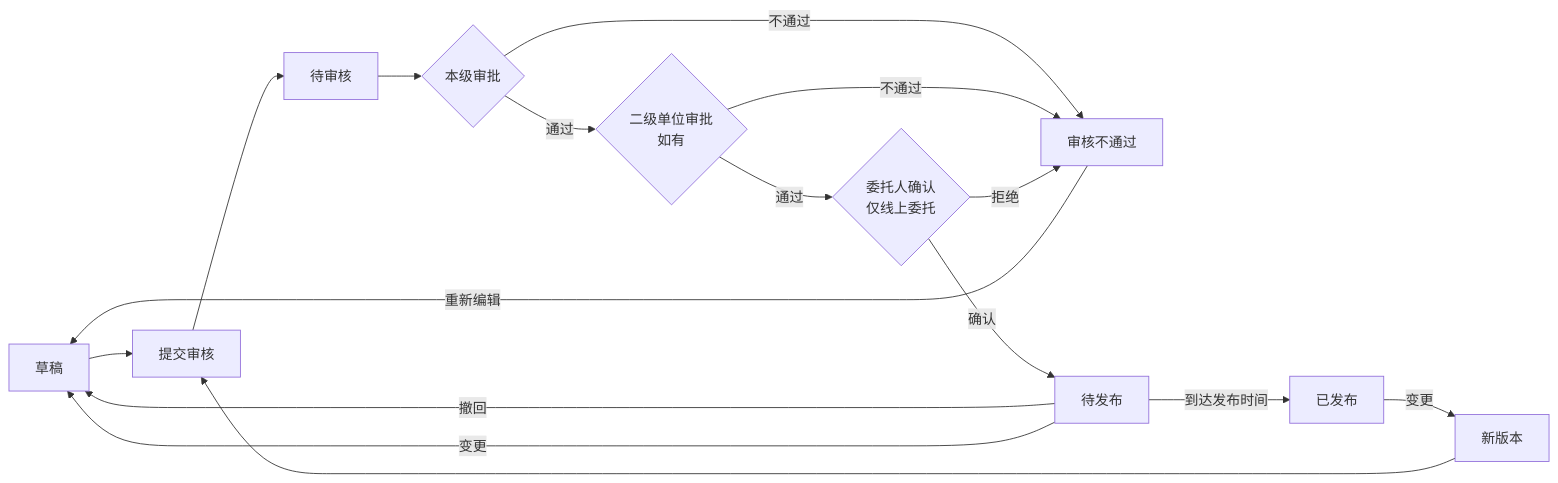
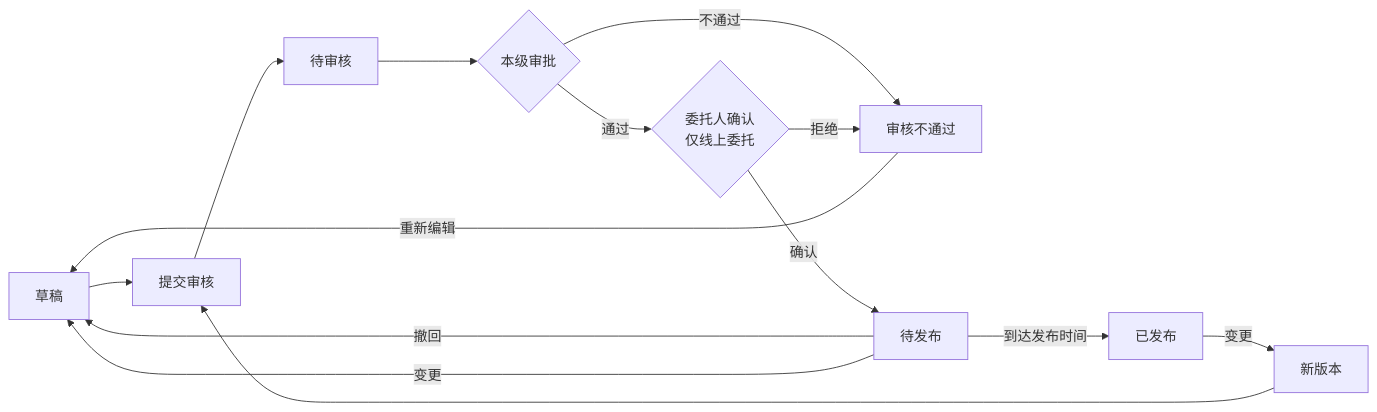
One commit to liangnvxiaozhou/procurement_platform changed the diagram in 智慧招采平台/设计文档/项目执行功能设计_20260622/01_发布管理-公告.md. Above: the diagram before and after it, drawn with Mermaid. The commit also changed other lines of this file, not shown here.

Commit message:
vault backup: 2026-06-25 15:31:07

````diff
--- a/智慧招采平台/设计文档/项目执行功能设计_20260622/01_发布管理-公告.md
+++ b/智慧招采平台/设计文档/项目执行功能设计_20260622/01_发布管理-公告.md
@@ -9,18 +9,16 @@
 ```mermaid
 flowchart LR
     A[草稿] --> B[提交审核]
     B --> C[待审核]
     C --> D{本级审批}
-    D -->|通过| E{二级单位审批<br/>如有}
+    D -->|通过| E{委托人确认<br/>仅线上委托}
     D -->|不通过| F[审核不通过]
-    E -->|通过| G{委托人确认<br/>仅线上委托}
-    E -->|不通过| F
-    G -->|确认| H[待发布]
-    G -->|拒绝| F
-    H -->|撤回| A
-    H -->|到达发布时间| I[已发布]
-    H -->|变更| A
-    I -->|变更| J[新版本]
-    J --> B
+    E -->|确认| G[待发布]
+    E -->|拒绝| F
+    G -->|撤回| A
+    G -->|到达发布时间| H[已发布]
+    G -->|变更| A
+    H -->|变更| I[新版本]
+    I --> B
     F -->|重新编辑| A
 ```
````
